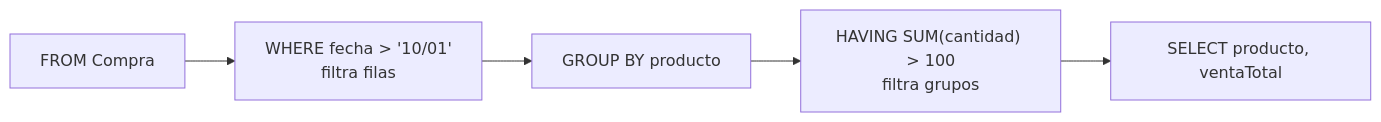
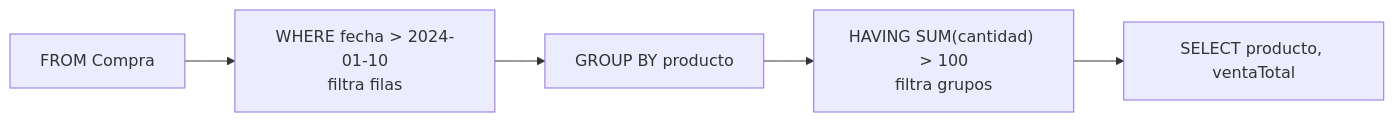
One commit to EstebanKiito/my-brain changed the diagram in Bases de Datos/04-Agregación y subconsultas/04 - HAVING.md. Above: the diagram before and after it, drawn with Mermaid. The commit also changed other lines of this file and 11 other files, not shown here.

````diff
--- a/Bases de Datos/04-Agregación y subconsultas/04 - HAVING.md
+++ b/Bases de Datos/04-Agregación y subconsultas/04 - HAVING.md
@@ -33,4 +33,4 @@
 ```mermaid
 flowchart LR
-  F[FROM Compra] --> W["WHERE fecha > '10/01'<br/>filtra filas"] --> G[GROUP BY producto] --> H["HAVING SUM(cantidad) > 100<br/>filtra grupos"] --> S[SELECT producto, ventaTotal]
+  F[FROM Compra] --> W["WHERE fecha > 2024-01-10<br/>filtra filas"] --> G[GROUP BY producto] --> H["HAVING SUM(cantidad) > 100<br/>filtra grupos"] --> S[SELECT producto, ventaTotal]
 ```
````
